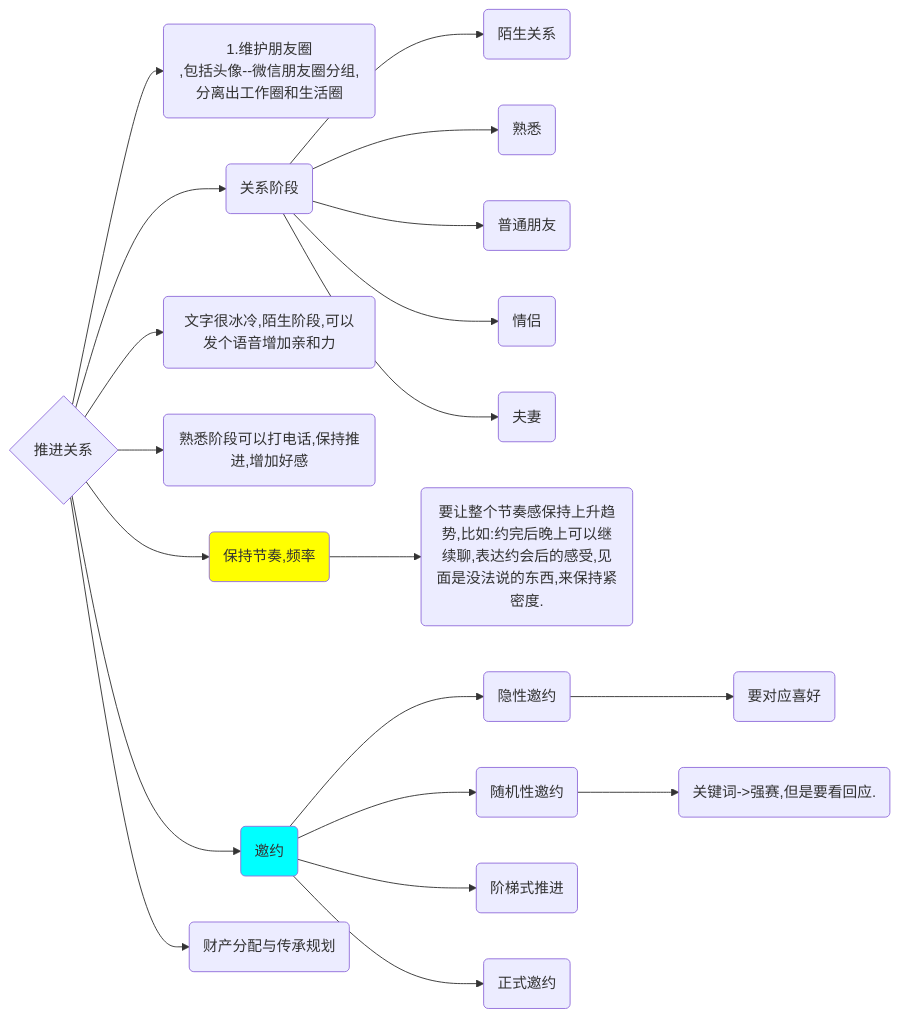
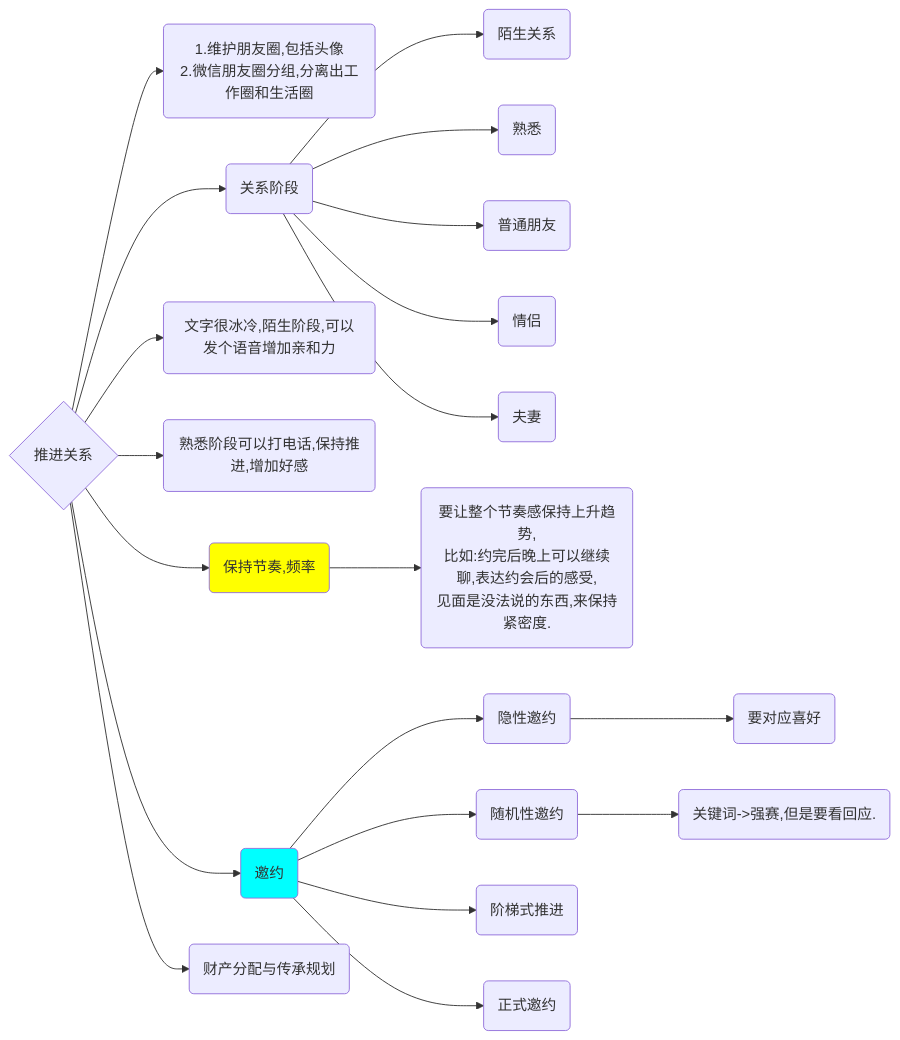
Before and after one commit to minglightshow/minglightshow.github.io: the diagram in 2020/si.md, drawn with Mermaid.

Commit message:
<br/>
<br/>

```diff
--- a/2020/si.md
+++ b/2020/si.md
@@ -1,24 +1,24 @@
 <div class="mermaid">
 graph LR
-      A{推进关系}-->B(1.维护朋友圈<br/>,包括头像--微信朋友圈分组,分离出工作圈和生活圈)
+      A{推进关系}-->B(1.维护朋友圈,包括头像<br/>2.微信朋友圈分组,分离出工作圈和生活圈)
       A-->C(关系阶段)
       C-->C1(陌生关系)
       C-->C2(熟悉)
       C-->C3(普通朋友)
       C-->C4(情侣)
       C-->C5(夫妻)      
       A-->D(文字很冰冷,陌生阶段,可以发个语音增加亲和力)
       A-->E(熟悉阶段可以打电话,保持推进,增加好感)
       A-->F(保持节奏,频率)
       style F fill:#FFFF00
-      F-->F1(要让整个节奏感保持上升趋势,比如:约完后晚上可以继续聊,表达约会后的感受,见面是没法说的东西,来保持紧密度.)
+      F-->F1(要让整个节奏感保持上升趋势,<br/>比如:约完后晚上可以继续聊,表达约会后的感受,<br/>见面是没法说的东西,来保持紧密度.)
       A-->G(邀约)
       style G fill:#00FFFF
       G-->G1(隐性邀约)
       G1-->GG1(要对应喜好)
       G-->G2(随机性邀约)
       G2-->GG2(关键词->强赛,但是要看回应.)
       G-->G3(阶梯式推进)
       G-->G4(正式邀约)
       A-->I(财产分配与传承规划)
 </div>
```
